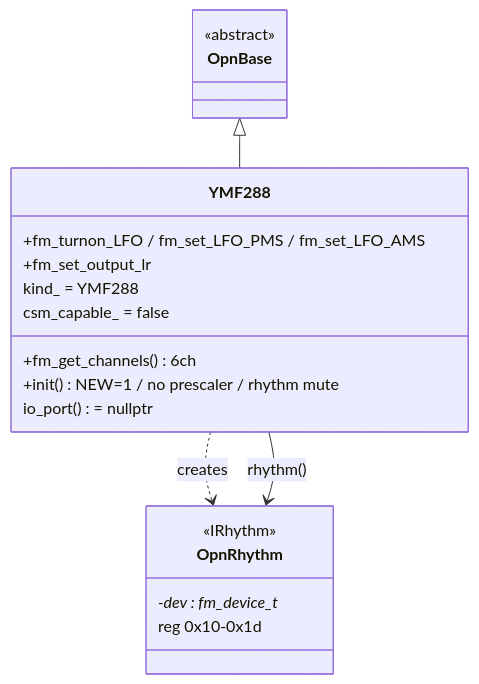
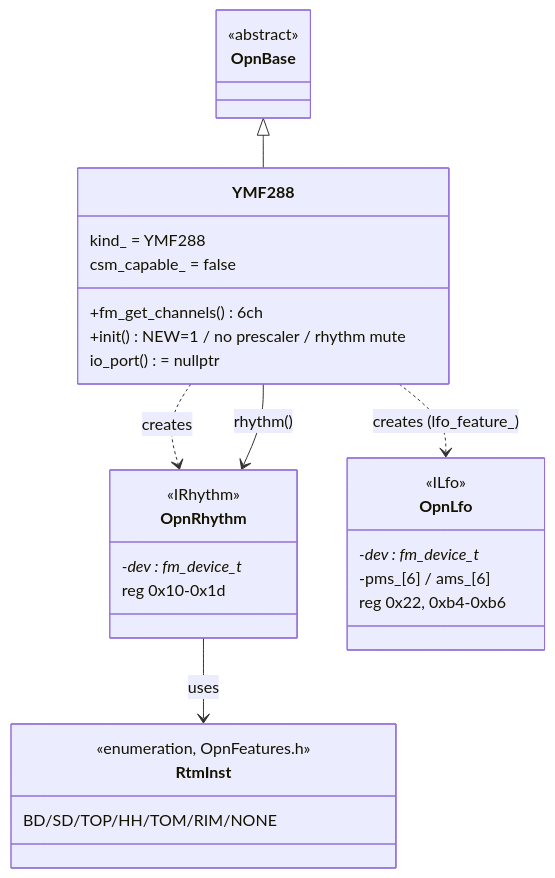
The fourth of 5 diagrams in doc/domain/domain_drivers.md (46nori/FMSynthEnsembleV3), drawn with Mermaid before and after one commit. The commit also changed other lines of this file and 42 other files, not shown here.

````diff
--- a/doc/domain/domain_drivers.md
+++ b/doc/domain/domain_drivers.md
@@ -135,26 +156,38 @@
 ```mermaid
 classDiagram
     class OpnBase {
         <<abstract>>
     }
 
     class YMF288 {
         +fm_get_channels() 6ch
         +init() NEW=1 / no prescaler / rhythm mute
-        +fm_turnon_LFO / fm_set_LFO_PMS / fm_set_LFO_AMS
-        +fm_set_output_lr
         kind_ = YMF288
         csm_capable_ = false
         io_port() = nullptr
+    }
+
+    class RtmInst {
+        <<enumeration, OpnFeatures.h>>
+        BD/SD/TOP/HH/TOM/RIM/NONE
     }
 
     class OpnRhythm {
         <<IRhythm>>
         -dev : fm_device_t*
         reg 0x10-0x1d
     }
 
+    class OpnLfo {
+        <<ILfo>>
+        -dev : fm_device_t*
+        -pms_[6] / ams_[6]
+        reg 0x22, 0xb4-0xb6
+    }
+
     OpnBase <|-- YMF288
     YMF288 ..> OpnRhythm : creates
+    YMF288 ..> OpnLfo : creates (lfo_feature_)
     YMF288 --> OpnRhythm : rhythm()
+    OpnRhythm --> RtmInst : uses
 ```
````
